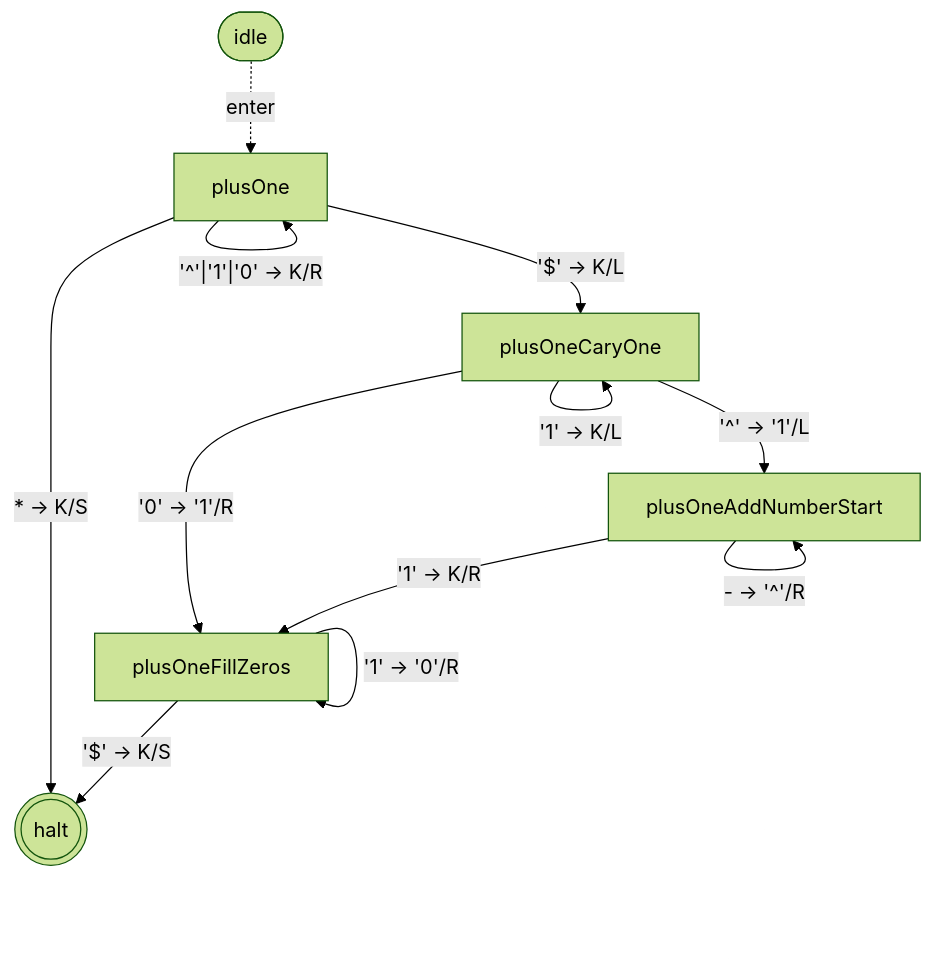
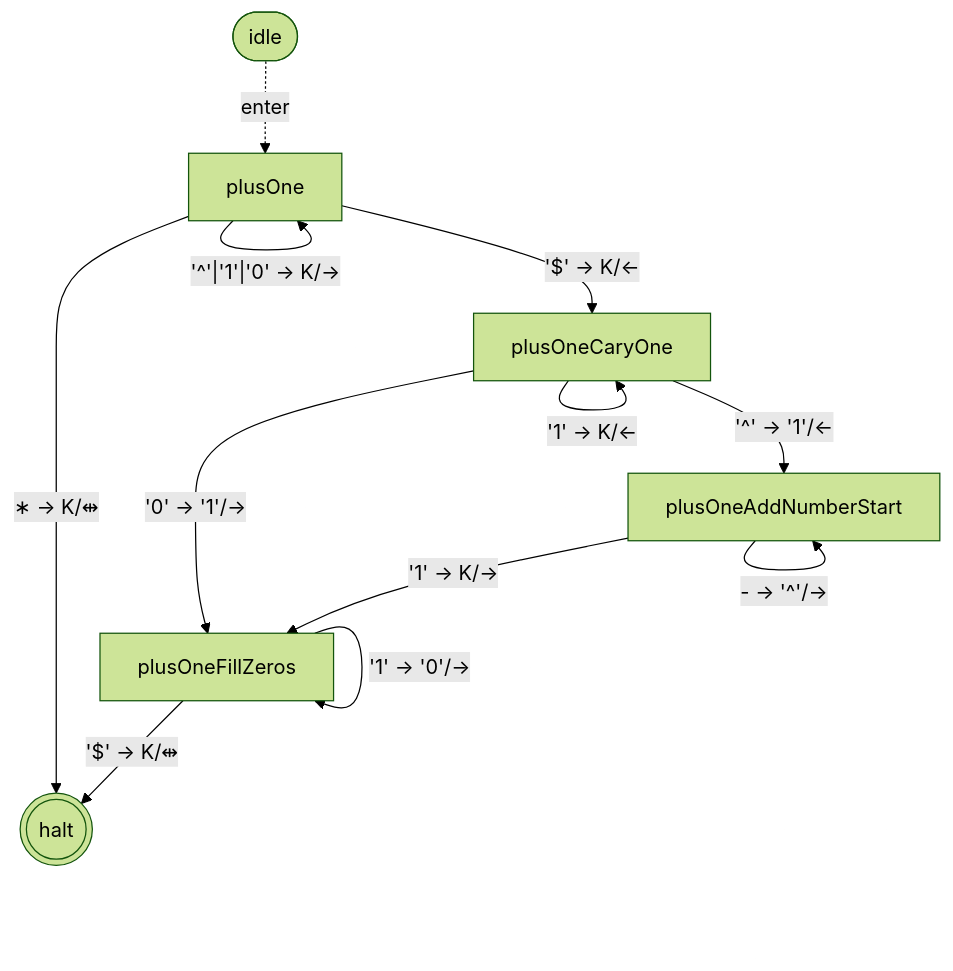
The eighth of 10 diagrams in packages/library-binary-numbers/states.md (mellonis/turing-machine-js), drawn with Mermaid (forest theme) before and after one commit. The commit also changed other lines of this file and 6 other files, not shown here.

````diff
--- a/packages/library-binary-numbers/states.md
+++ b/packages/library-binary-numbers/states.md
@@ -153,21 +153,21 @@
 ```mermaid
 flowchart TD
 %% alphabets: [[" ","^","$","0","1"]]
   s0(((halt)))
   s16["plusOneFillZeros"]
   s17["plusOneAddNumberStart"]
   s18["plusOneCaryOne"]
   s19["plusOne"]
   idle([idle])
   idle -. enter .-> s19
-  s16 -- "'1' → '0'/R" --> s16
-  s16 -- "'$' → K/S" --> s0
-  s17 -- "- → '^'/R" --> s17
-  s17 -- "'1' → K/R" --> s16
-  s18 -- "'0' → '1'/R" --> s16
-  s18 -- "'1' → K/L" --> s18
-  s18 -- "'^' → '1'/L" --> s17
-  s19 -- "'^'|'1'|'0' → K/R" --> s19
-  s19 -- "'$' → K/L" --> s18
-  s19 -- "* → K/S" --> s0
+  s16 -- "'1' → '0'/→" --> s16
+  s16 -- "'$' → K/⇹" --> s0
+  s17 -- "- → '^'/→" --> s17
+  s17 -- "'1' → K/→" --> s16
+  s18 -- "'0' → '1'/→" --> s16
+  s18 -- "'1' → K/←" --> s18
+  s18 -- "'^' → '1'/←" --> s17
+  s19 -- "'^'|'1'|'0' → K/→" --> s19
+  s19 -- "'$' → K/←" --> s18
+  s19 -- "∗ → K/⇹" --> s0
 ```
````
